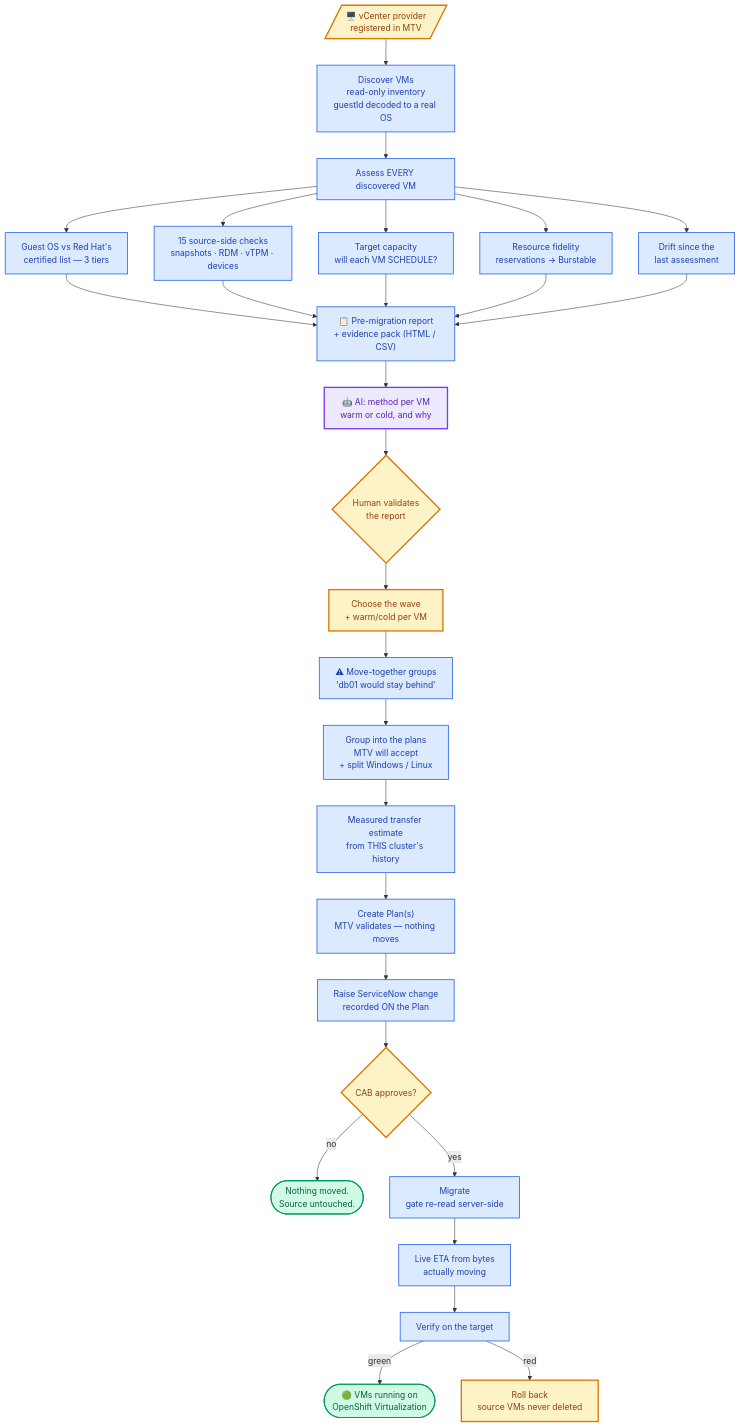
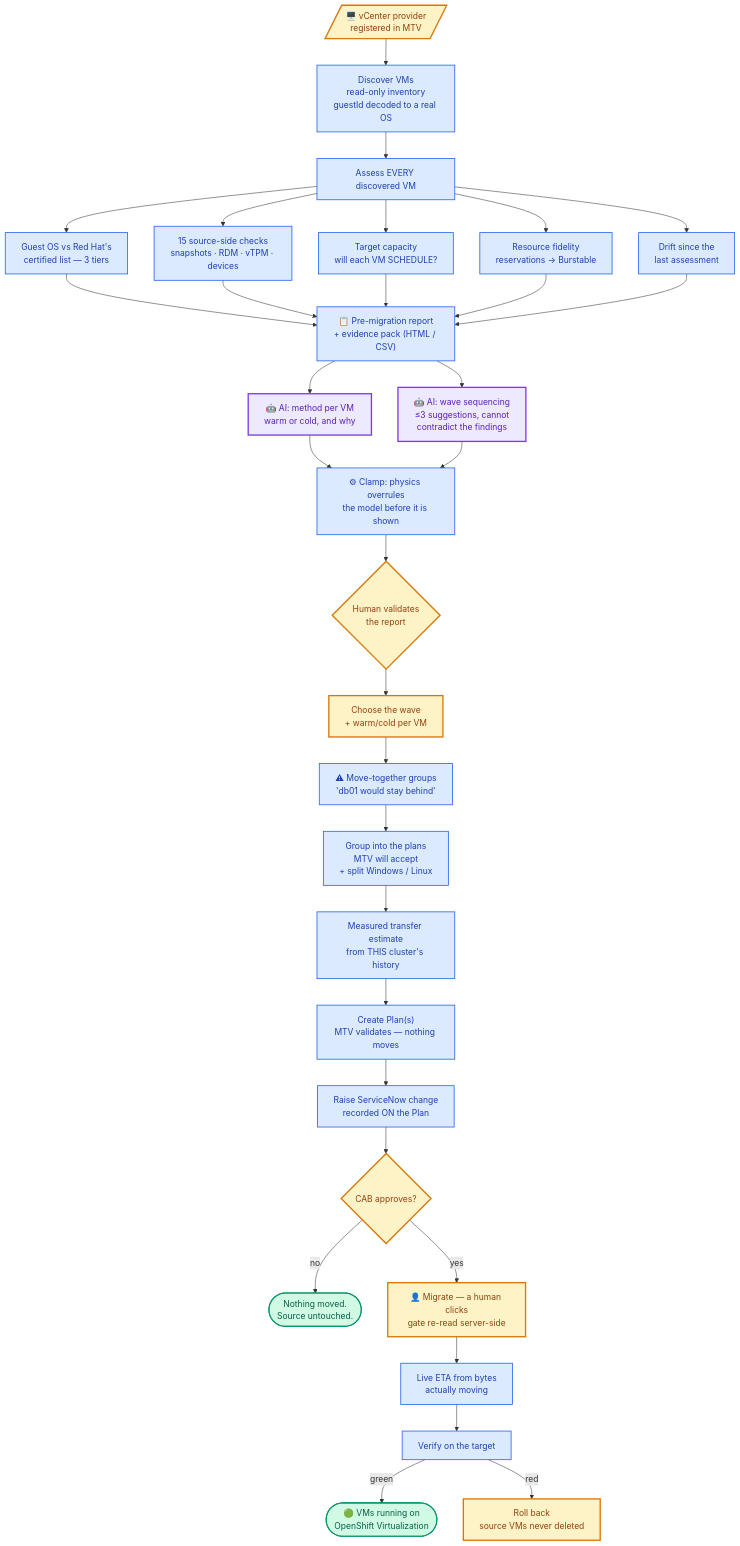
The first of 2 diagrams in usecases/uc-10-vm-migration/use-case.md (cskaruppu/Openshift-mcp-server), drawn with Mermaid before and after one commit. The commit also changed other lines of this file and 5 other files, not shown here.

````diff
--- a/usecases/uc-10-vm-migration/use-case.md
+++ b/usecases/uc-10-vm-migration/use-case.md
@@ -38,38 +38,41 @@
 ```mermaid
 flowchart TD
     A[/"🖥️ vCenter provider<br>registered in MTV"/]:::manual
     A --> B["Discover VMs<br>read-only inventory<br>guestId decoded to a real OS"]:::auto
     B --> C["Assess EVERY discovered VM"]:::auto
 
     C --> D1["Guest OS vs Red Hat's<br>certified list — 3 tiers"]:::auto
     C --> D2["15 source-side checks<br>snapshots · RDM · vTPM · devices"]:::auto
     C --> D3["Target capacity<br>will each VM SCHEDULE?"]:::auto
     C --> D4["Resource fidelity<br>reservations → Burstable"]:::auto
     C --> D5["Drift since the<br>last assessment"]:::auto
 
     D1 --> E["📋 Pre-migration report<br>+ evidence pack (HTML / CSV)"]:::auto
     D2 --> E
     D3 --> E
     D4 --> E
     D5 --> E
     E --> F["🤖 AI: method per VM<br>warm or cold, and why"]:::ai
-    F --> G{"Human validates<br>the report"}:::manual
+    E --> F2["🤖 AI: wave sequencing<br>≤3 suggestions, cannot<br>contradict the findings"]:::ai
+    F --> CL["⚙ Clamp: physics overrules<br>the model before it is shown"]:::auto
+    F2 --> CL
+    CL --> G{"Human validates<br>the report"}:::manual
     G --> H["Choose the wave<br>+ warm/cold per VM"]:::manual
     H --> I["⚠ Move-together groups<br>'db01 would stay behind'"]:::auto
     I --> J["Group into the plans<br>MTV will accept<br>+ split Windows / Linux"]:::auto
     J --> K["Measured transfer estimate<br>from THIS cluster's history"]:::auto
     K --> L["Create Plan(s)<br>MTV validates — nothing moves"]:::auto
     L --> M["Raise ServiceNow change<br>recorded ON the Plan"]:::auto
     M --> N{"CAB approves?"}:::manual
     N -- no --> Z(["Nothing moved.<br>Source untouched."]):::done
-    N -- yes --> O["Migrate<br>gate re-read server-side"]:::auto
+    N -- yes --> O["👤 Migrate — a human clicks<br>gate re-read server-side"]:::manual
     O --> P["Live ETA from bytes<br>actually moving"]:::auto
     P --> Q["Verify on the target"]:::auto
     Q -- green --> R(["🟢 VMs running on<br>OpenShift Virtualization"]):::done
     Q -- red --> S["Roll back<br>source VMs never deleted"]:::manual
 
     classDef ai fill:#ede9fe,stroke:#7c3aed,stroke-width:2.5px,color:#5b21b6
     classDef auto fill:#dbeafe,stroke:#2563eb,stroke-width:1.5px,color:#1e40af
     classDef manual fill:#fef3c7,stroke:#d97706,stroke-width:2.5px,color:#92400e
     classDef done fill:#d1fae5,stroke:#059669,stroke-width:2px,color:#065f46
 ```
````
